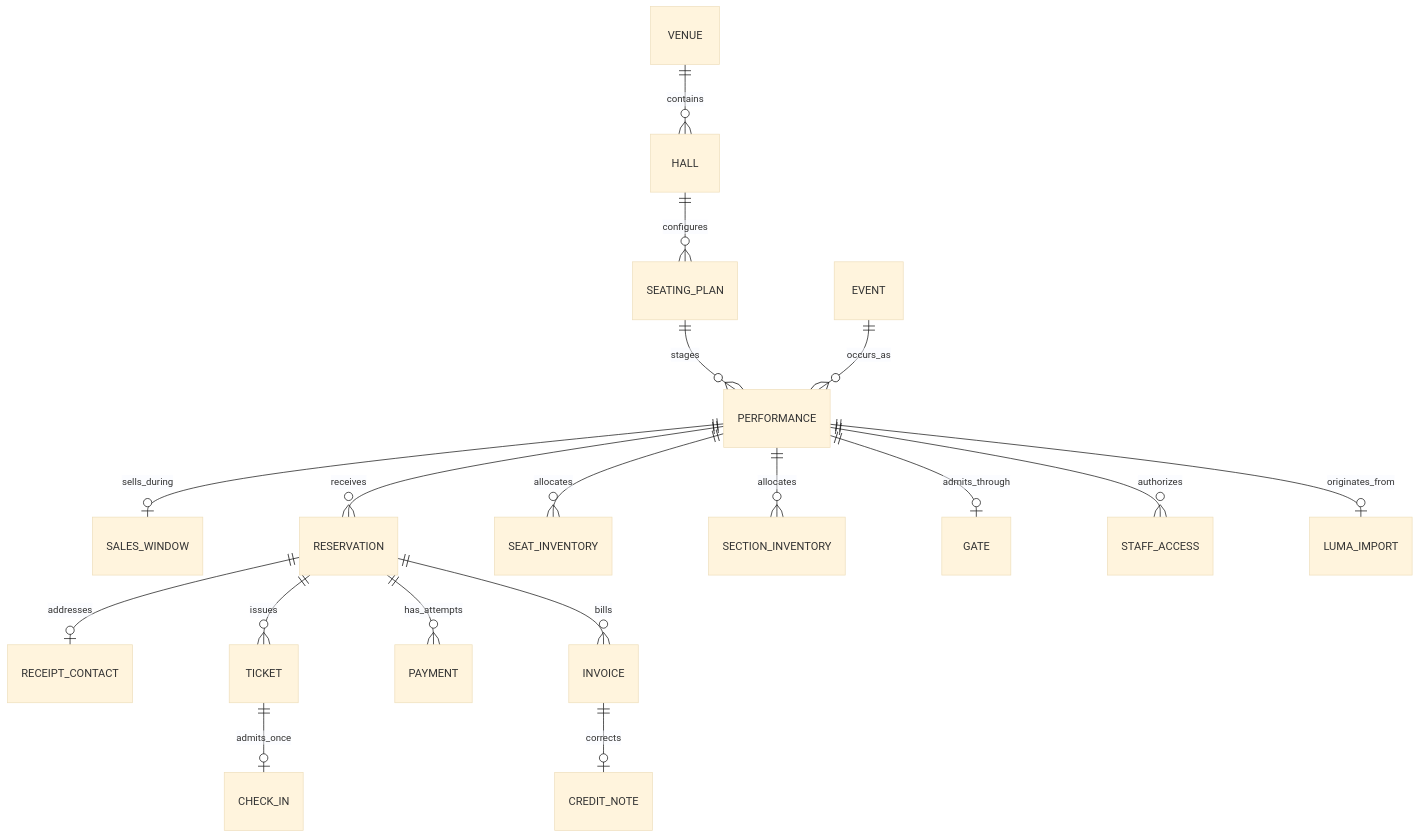
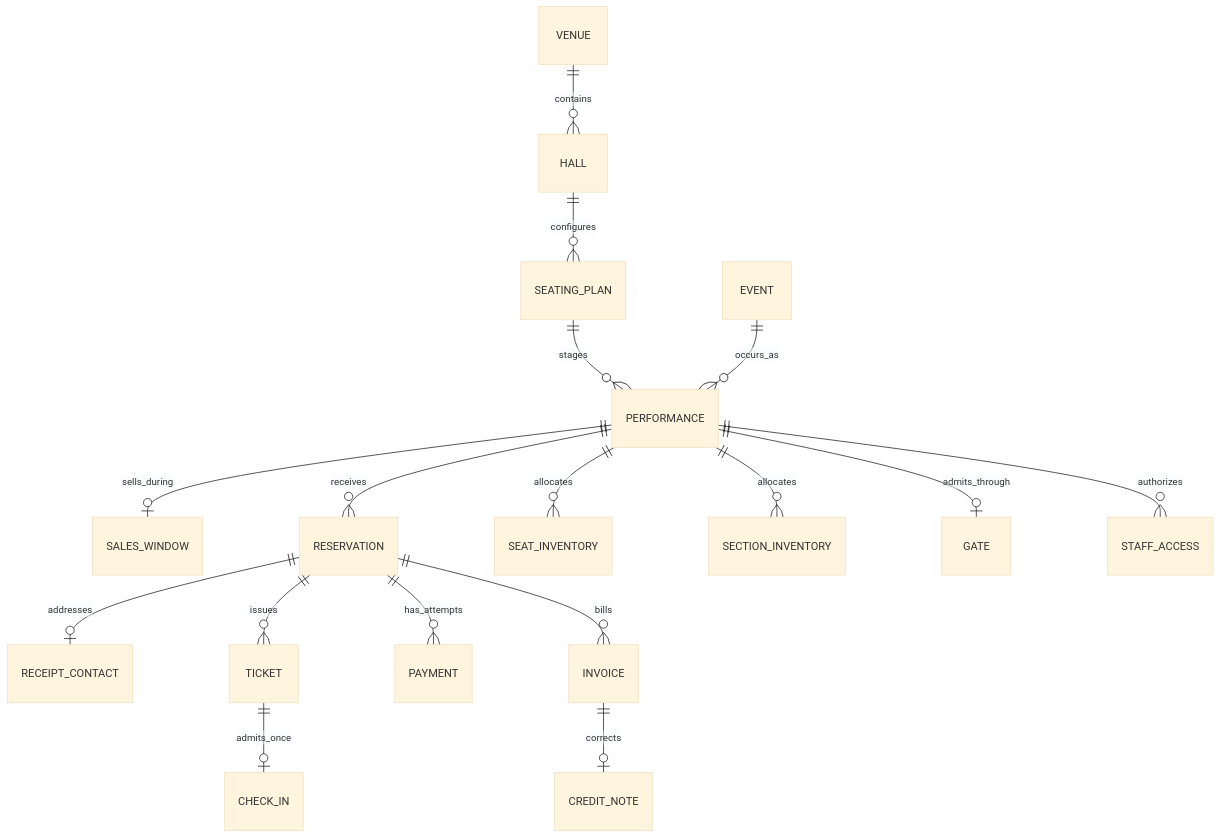
The diagram in docs/model.md (fluxzero-io/fluxzero-sample-ticketing), drawn with Mermaid (base theme) before and after one commit. The commit also changed other lines of this file and 59 other files, not shown here.

````diff
--- a/docs/model.md
+++ b/docs/model.md
@@ -3,20 +3,19 @@
 ```mermaid
 erDiagram
     VENUE ||--o{ HALL : contains
     HALL ||--o{ SEATING_PLAN : configures
     SEATING_PLAN ||--o{ PERFORMANCE : stages
     EVENT ||--o{ PERFORMANCE : occurs_as
     PERFORMANCE ||--o| SALES_WINDOW : sells_during
     PERFORMANCE ||--o{ RESERVATION : receives
     PERFORMANCE ||--o{ SEAT_INVENTORY : allocates
     PERFORMANCE ||--o{ SECTION_INVENTORY : allocates
     PERFORMANCE ||--o| GATE : admits_through
     PERFORMANCE ||--o{ STAFF_ACCESS : authorizes
     RESERVATION ||--o| RECEIPT_CONTACT : addresses
     RESERVATION ||--o{ TICKET : issues
     TICKET ||--o| CHECK_IN : admits_once
     RESERVATION ||--o{ PAYMENT : has_attempts
     RESERVATION ||--o{ INVOICE : bills
     INVOICE ||--o| CREDIT_NOTE : corrects
-    PERFORMANCE ||--o| LUMA_IMPORT : originates_from
 ```
````
